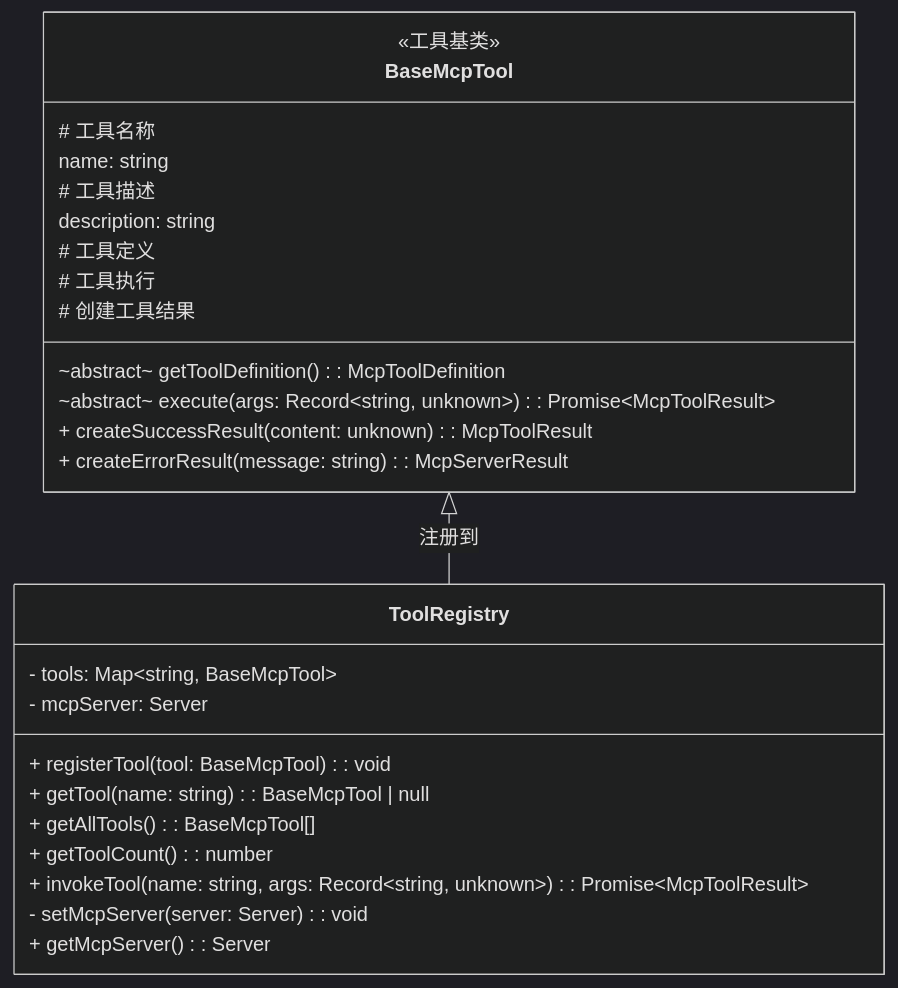
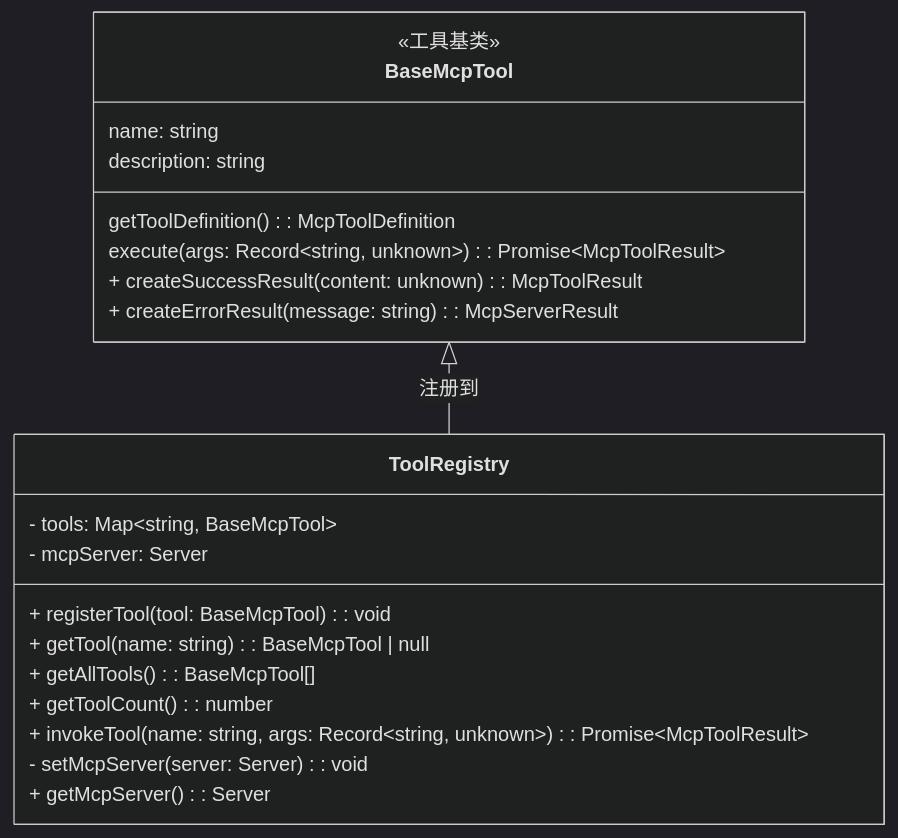
One commit to HL8-ORG/oksai-cc-api-server changed the diagram in docs/mcp/uml/tool-components.mmd. Above: the diagram before and after it, drawn with Mermaid (dark theme). The commit also changed other lines of this file and 17 other files, not shown here.

First line of the commit message:
style: update UML diagram comment format from title to Mermaid comment

````diff
--- a/docs/mcp/uml/tool-components.mmd
+++ b/docs/mcp/uml/tool-components.mmd
@@ -3,37 +1,29 @@
-```mermaid
+%% 工具层组件图
 classDiagram
     class BaseMcpTool {
         <<工具基类>>
-        # 工具名称
         name: string
-
-        # 工具描述
         description: string
 
-        # 工具定义
-        ~abstract~ getToolDefinition(): McpToolDefinition
+        getToolDefinition(): McpToolDefinition
+        execute(args: Record~string, unknown~): Promise~McpToolResult~
 
-        # 工具执行
-        ~abstract~ execute(args: Record~string, unknown~): Promise~McpToolResult~
-
-        # 创建工具结果
         + createSuccessResult(content: unknown): McpToolResult
         + createErrorResult(message: string): McpServerResult
     }
 
     class ToolRegistry {
         - tools: Map~string, BaseMcpTool~
         - mcpServer: Server
 
         + registerTool(tool: BaseMcpTool): void
         + getTool(name: string): BaseMcpTool | null
         + getAllTools(): BaseMcpTool[]
         + getToolCount(): number
         + invokeTool(name: string, args: Record~string, unknown~): Promise~McpToolResult~
 
         - setMcpServer(server: Server): void
         + getMcpServer(): Server
     }
 
     BaseMcpTool <|-- ToolRegistry: 注册到
-```
````
